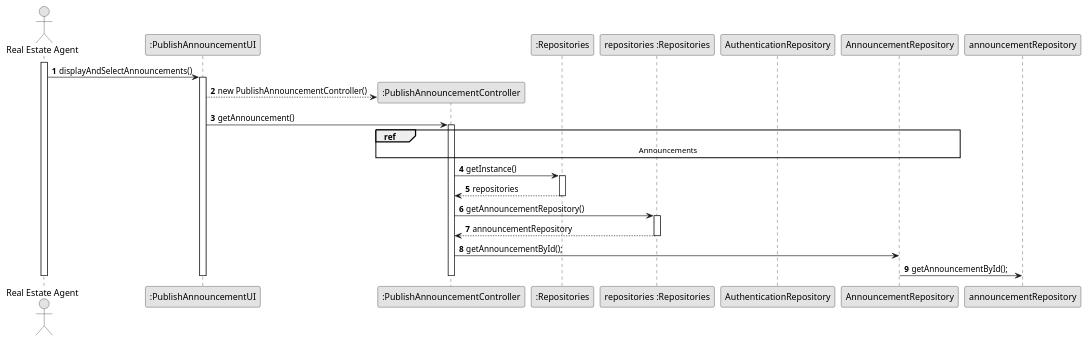
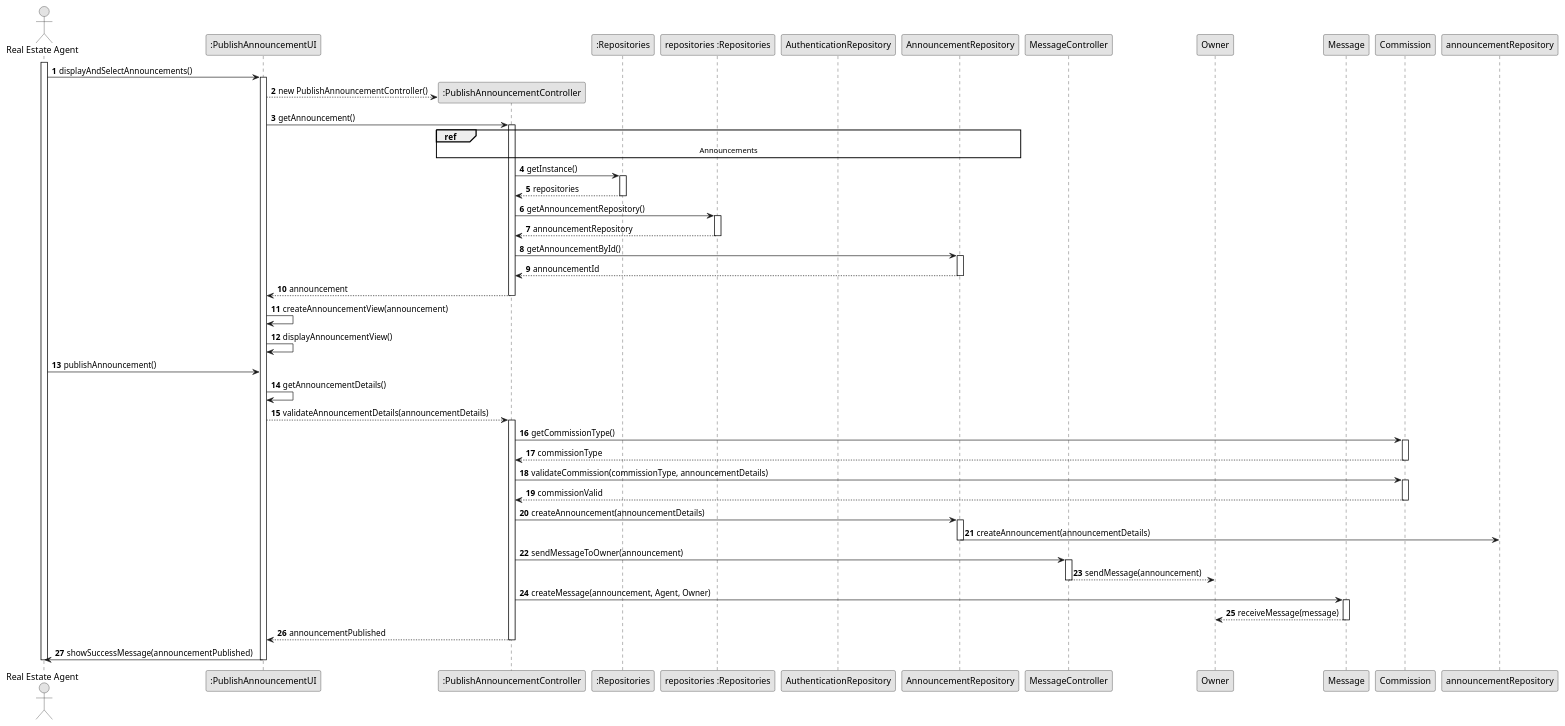
Before and after one commit to Rodrick0209/ISEP-LAPR2-22-23: the diagram in docs/Sprint-D/US002/03.design/puml/us002-sequence-diagram-full.puml, drawn with PlantUML. The commit also changed 26 other files, not shown here.

```diff
--- a/docs/Sprint-D/US002/03.design/puml/us002-sequence-diagram-full.puml
+++ b/docs/Sprint-D/US002/03.design/puml/us002-sequence-diagram-full.puml
@@ -1,48 +1,83 @@
 @startuml
 skinparam monochrome true
 skinparam packageStyle rectangle
 skinparam shadowing false
 
 autonumber
 
 'hide footbox
 actor "Real Estate Agent" as Agent
 participant ":PublishAnnouncementUI" as UI
 participant ":PublishAnnouncementController" as CTRL
 participant ":Repositories" as Repositories
 participant "repositories :Repositories" as RPS
 participant "AuthenticationRepository" as AuthenticationRepository
 participant "AnnouncementRepository" as AnnouncementRepository
+participant "MessageController" as MessageController
+participant "Owner" as Owner
+participant "Message" as Message
+participant "Commission" as Commission
+
 activate Agent
 
 
 Agent -> UI : displayAndSelectAnnouncements()
 activate UI
 
 UI --> CTRL** : new PublishAnnouncementController()
 UI -> CTRL : getAnnouncement()
 activate CTRL
 
     ref over CTRL, AnnouncementRepository : Announcements
 
     CTRL -> Repositories : getInstance()
     activate Repositories
     Repositories --> CTRL : repositories
     deactivate Repositories
 
     CTRL -> RPS : getAnnouncementRepository()
     activate RPS
     RPS --> CTRL : announcementRepository
     deactivate RPS
-    CTRL -> AnnouncementRepository : getAnnouncementById();
-    AnnouncementRepository -> announcementRepository : getAnnouncementById();
+    CTRL -> AnnouncementRepository : getAnnouncementById()
 
+    activate AnnouncementRepository
+    AnnouncementRepository --> CTRL : announcementId
+    deactivate AnnouncementRepository
+    CTRL --> UI : announcement
+    deactivate CTRL
+    UI -> UI : createAnnouncementView(announcement)
+    UI -> UI : displayAnnouncementView()
 
+    Agent -> UI : publishAnnouncement()
 
+    UI -> UI : getAnnouncementDetails()
+    UI --> CTRL : validateAnnouncementDetails(announcementDetails)
+    activate CTRL
+    CTRL -> Commission : getCommissionType()
+    activate Commission
+    Commission --> CTRL : commissionType
+    deactivate Commission
+    CTRL -> Commission : validateCommission(commissionType, announcementDetails)
+    activate Commission
+    Commission --> CTRL : commissionValid
+    deactivate Commission
+    CTRL -> AnnouncementRepository : createAnnouncement(announcementDetails)
+    activate AnnouncementRepository
+    AnnouncementRepository -> announcementRepository : createAnnouncement(announcementDetails)
+    deactivate AnnouncementRepository
+    CTRL -> MessageController : sendMessageToOwner(announcement)
+    activate MessageController
+    MessageController --> Owner : sendMessage(announcement)
+    deactivate MessageController
+    CTRL -> Message : createMessage(announcement, Agent, Owner)
+    activate Message
+    Message --> Owner : receiveMessage(message)
+    deactivate Message
+    CTRL --> UI : announcementPublished
+    deactivate CTRL
+    UI -> Agent : showSuccessMessage(announcementPublished)
 
-
-
-deactivate CTRL
 deactivate UI
 deactivate Agent
 @enduml
```
